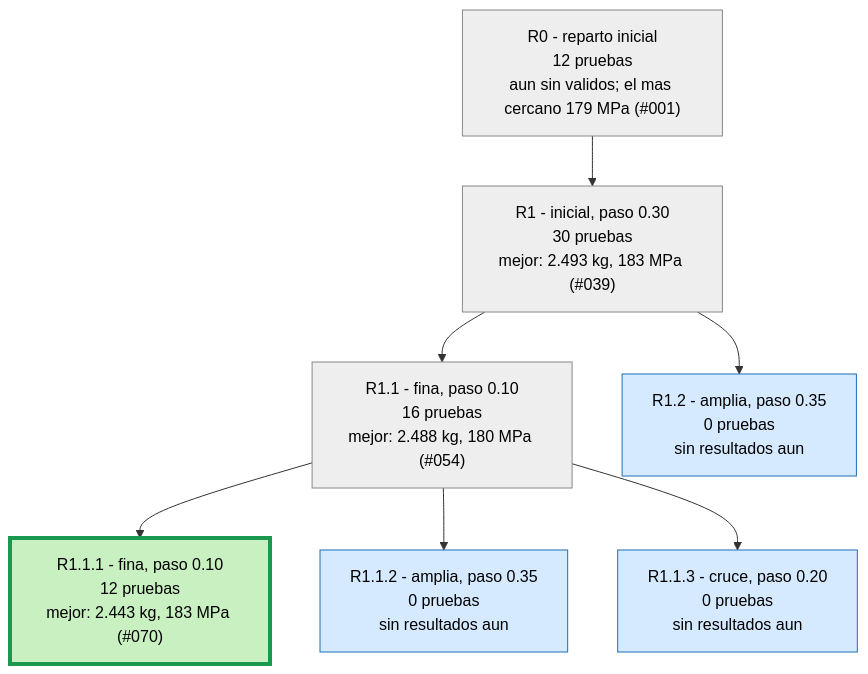
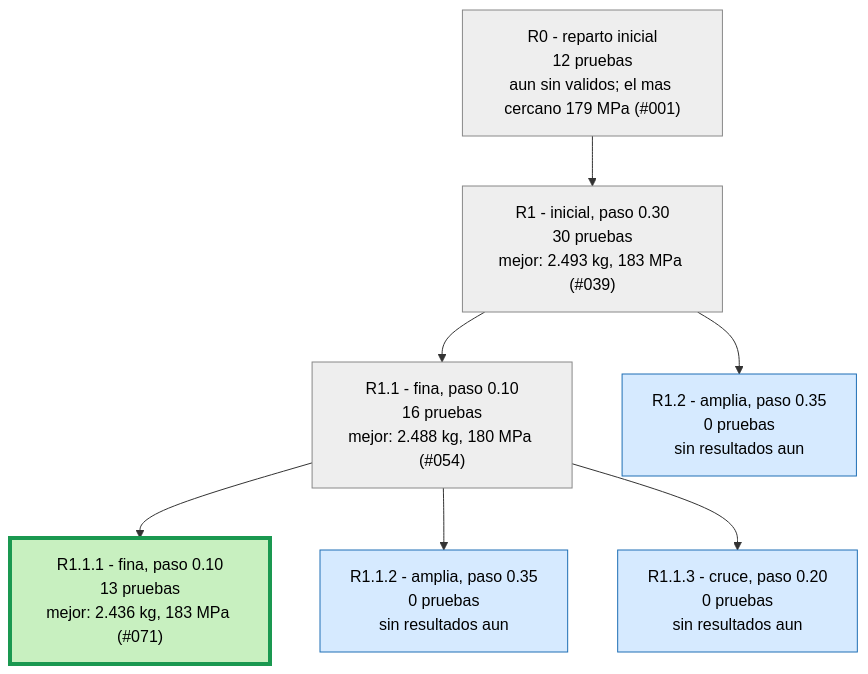
Before and after one commit to Hugiko/msd-soporte-optimizacion: the second of 3 diagrams in runs/opt_37800N/ARBOL.md, drawn with Mermaid. The commit also changed 43 other files, not shown here.

Commit message:
NUEVO MEJOR DISENO: 2.436 kg, 183 MPa (Refuerzo + vaciado 071)

````diff
--- a/runs/opt_37800N/ARBOL.md
+++ b/runs/opt_37800N/ARBOL.md
@@ -25,19 +25,19 @@
 ```mermaid
 graph TD
 classDef activa fill:#d6eaff,stroke:#1f6fb5,color:#000
 classDef fin fill:#eeeeee,stroke:#888,color:#000
 classDef mejor fill:#c8f0c0,stroke:#1a9850,stroke-width:4px,color:#000
 R0["R0 - reparto inicial<br/>12 pruebas<br/>aun sin validos; el mas cercano 179 MPa (#001)"]:::fin
 R1["R1 - inicial, paso 0.30<br/>30 pruebas<br/>mejor: 2.493 kg, 183 MPa (#039)"]:::fin
 R0 --> R1
 R1_1["R1.1 - fina, paso 0.10<br/>16 pruebas<br/>mejor: 2.488 kg, 180 MPa (#054)"]:::fin
 R1 --> R1_1
 R1_2["R1.2 - amplia, paso 0.35<br/>0 pruebas<br/>sin resultados aun"]:::activa
 R1 --> R1_2
-R1_1_1["R1.1.1 - fina, paso 0.10<br/>12 pruebas<br/>mejor: 2.443 kg, 183 MPa (#070)"]:::mejor
+R1_1_1["R1.1.1 - fina, paso 0.10<br/>13 pruebas<br/>mejor: 2.436 kg, 183 MPa (#071)"]:::mejor
 R1_1 --> R1_1_1
 R1_1_2["R1.1.2 - amplia, paso 0.35<br/>0 pruebas<br/>sin resultados aun"]:::activa
 R1_1 --> R1_1_2
 R1_1_3["R1.1.3 - cruce, paso 0.20<br/>0 pruebas<br/>sin resultados aun"]:::activa
 R1_1 --> R1_1_3
 ```
````
